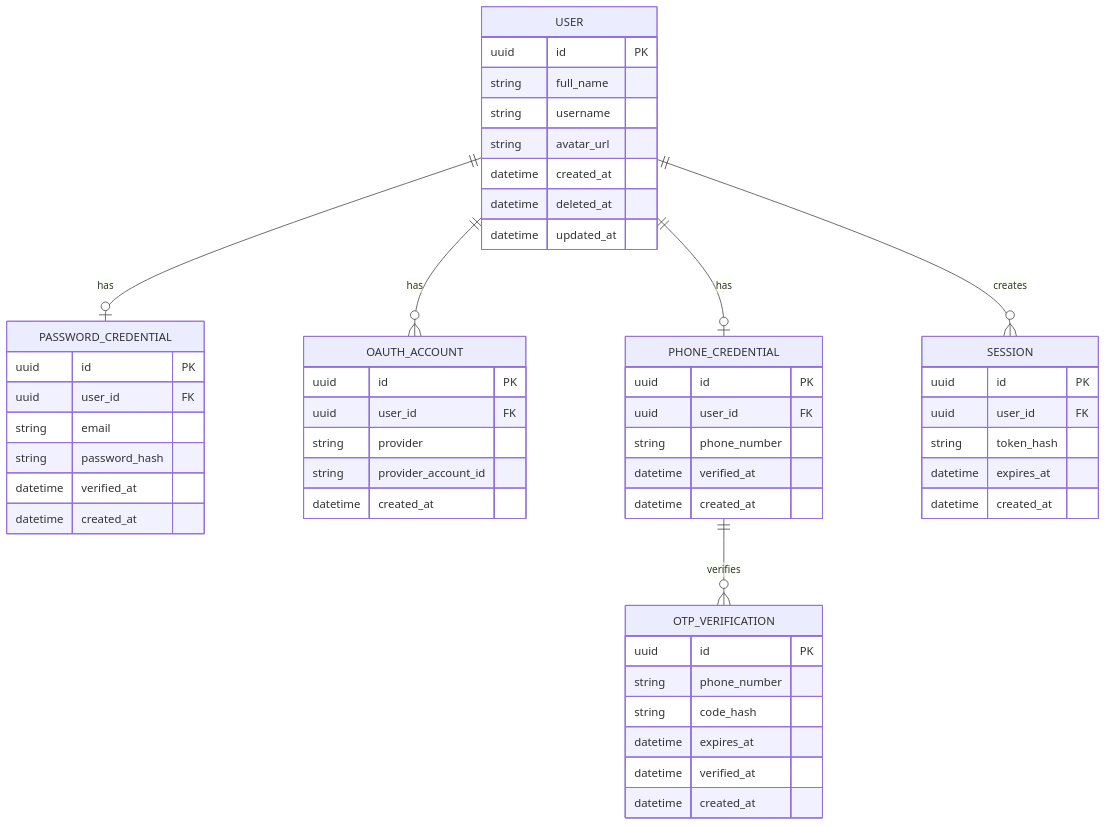
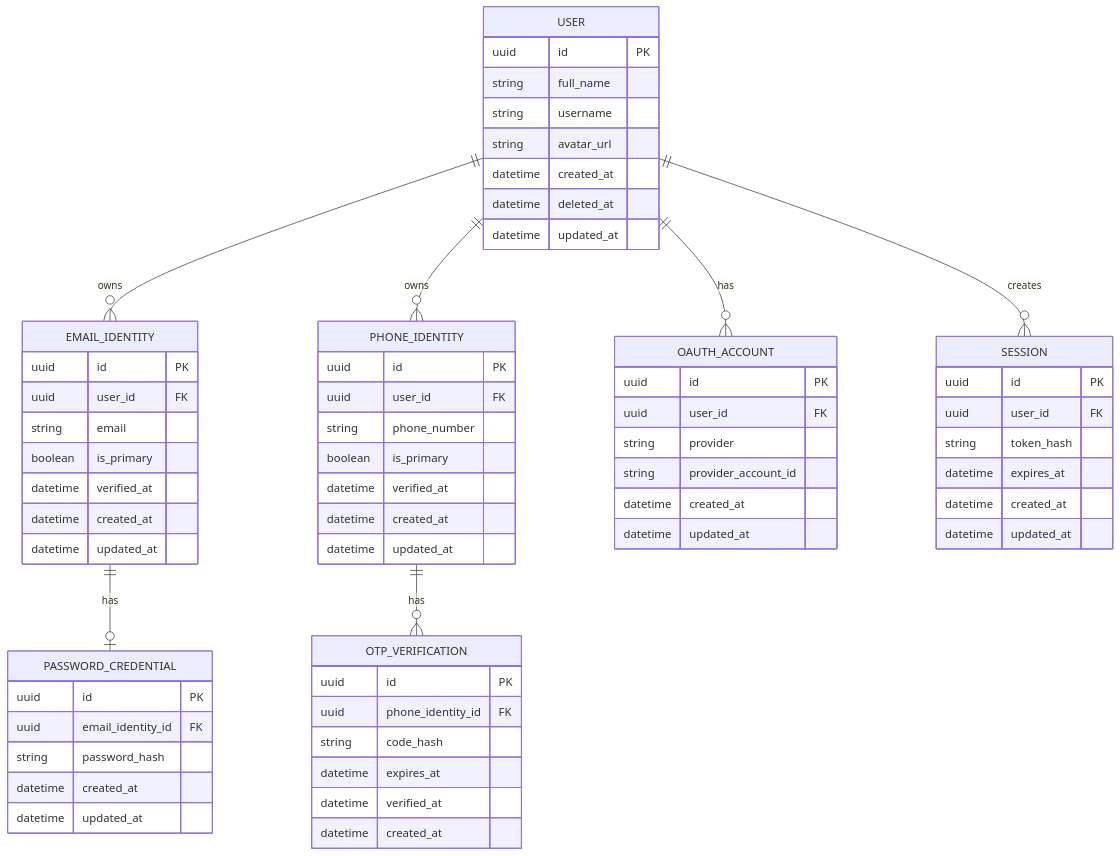
The diagram in docs/er-diagram.md (10-menachi/events), drawn with Mermaid before and after one commit. The commit also changed 1 other file, not shown here.

Commit message:
Update Identity Architecture

````diff
--- a/docs/er-diagram.md
+++ b/docs/er-diagram.md
@@ -3,62 +3,78 @@
 ```mermaid
 erDiagram
 
     USER {
         uuid id PK
         string full_name
         string username
         string avatar_url
         datetime created_at
         datetime deleted_at
         datetime updated_at
     }
 
-    PASSWORD_CREDENTIAL {
+    EMAIL_IDENTITY {
         uuid id PK
         uuid user_id FK
         string email
-        string password_hash
+        boolean is_primary
         datetime verified_at
         datetime created_at
+        datetime updated_at
+    }
+
+    PHONE_IDENTITY {
+        uuid id PK
+        uuid user_id FK
+        string phone_number
+        boolean is_primary
+        datetime verified_at
+        datetime created_at
+        datetime updated_at
+    }
+
+    PASSWORD_CREDENTIAL {
+        uuid id PK
+        uuid email_identity_id FK
+        string password_hash
+        datetime created_at
+        datetime updated_at
     }
 
     OAUTH_ACCOUNT {
         uuid id PK
         uuid user_id FK
         string provider
         string provider_account_id
         datetime created_at
-    }
-
-    PHONE_CREDENTIAL {
-        uuid id PK
-        uuid user_id FK
-        string phone_number
-        datetime verified_at
-        datetime created_at
+        datetime updated_at
     }
 
     OTP_VERIFICATION {
         uuid id PK
-        string phone_number
+        uuid phone_identity_id FK
         string code_hash
         datetime expires_at
         datetime verified_at
         datetime created_at
     }
 
     SESSION {
         uuid id PK
         uuid user_id FK
         string token_hash
         datetime expires_at
         datetime created_at
+        datetime updated_at
     }
 
-    USER ||--o| PASSWORD_CREDENTIAL : has
     USER ||--o{ OAUTH_ACCOUNT : has
-    USER ||--o| PHONE_CREDENTIAL : has
     USER ||--o{ SESSION : creates
 
-    PHONE_CREDENTIAL ||--o{ OTP_VERIFICATION : verifies
+    USER ||--o{ EMAIL_IDENTITY : owns
+    USER ||--o{ PHONE_IDENTITY : owns
+
+    EMAIL_IDENTITY ||--o| PASSWORD_CREDENTIAL : has
+
+    PHONE_IDENTITY ||--o{ OTP_VERIFICATION : has
 ```
````
